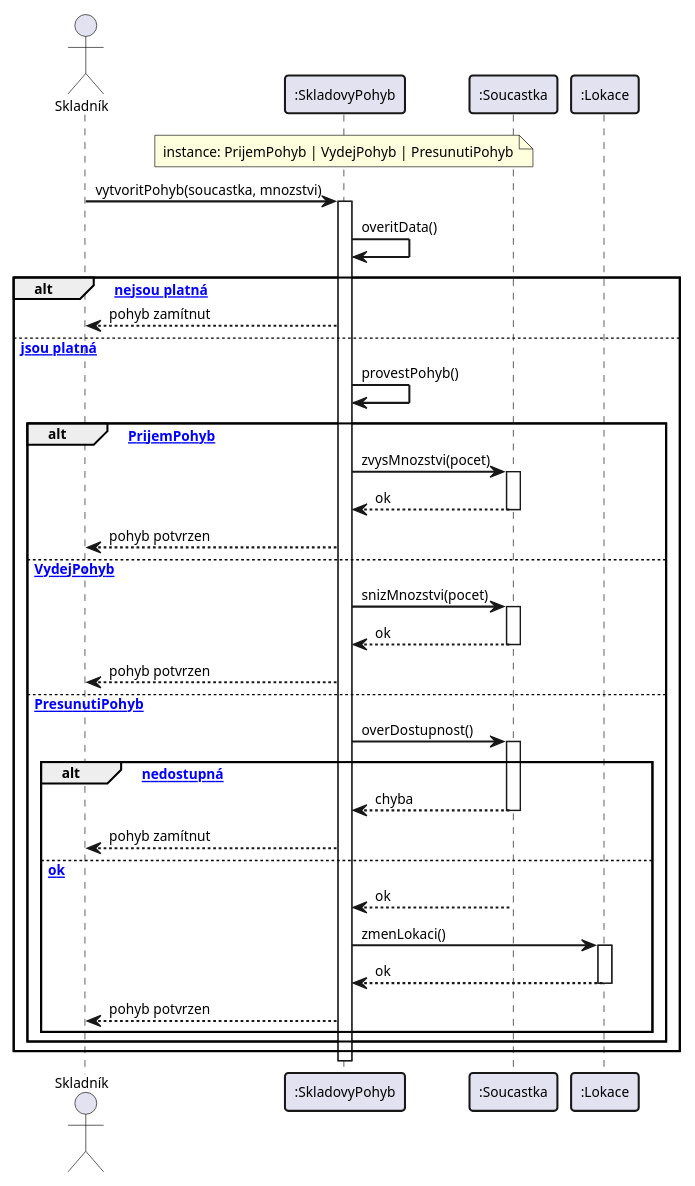
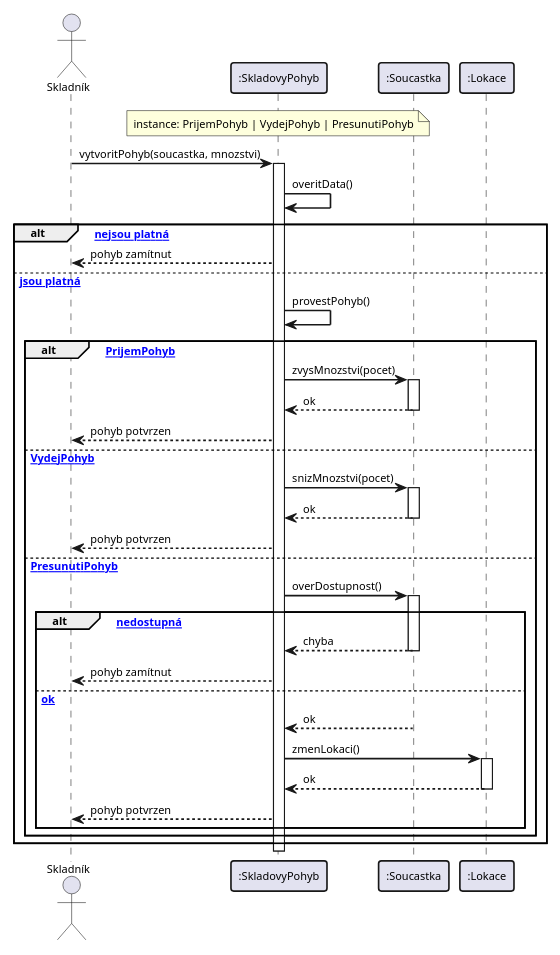
One commit to lkvapil/kOdevzdaniProjektWMS changed the diagram in diagrams/13_sequence_pohyb.puml. Above: the diagram before and after it, drawn with PlantUML. The commit also changed 4 other files, not shown here.

Commit message:
fix: zmenseni sekvencniho diagramu scale 0.8

```diff
--- a/diagrams/13_sequence_pohyb.puml
+++ b/diagrams/13_sequence_pohyb.puml
@@ -1,59 +1,60 @@
 @startuml
+scale 0.8
 skinparam defaultFontSize 10
 skinparam sequenceArrowThickness 1.5
 skinparam sequenceParticipantBorderThickness 1.5
 skinparam sequenceGroupBorderThickness 1.5
 
 actor "Skladník" as Uzivatel
 participant ":SkladovyPohyb" as Pohyb
 note over Pohyb : instance: PrijemPohyb | VydejPohyb | PresunutiPohyb
 participant ":Soucastka" as Soucastka
 participant ":Lokace" as Lokace
 
 Uzivatel -> Pohyb : vytvoritPohyb(soucastka, mnozstvi)
 activate Pohyb
 
 Pohyb -> Pohyb : overitData()
 
 alt [data nejsou platná]
     Pohyb --> Uzivatel : pohyb zamítnut
 
 else [data jsou platná]
     Pohyb -> Pohyb : provestPohyb()
 
     alt [PrijemPohyb]
         Pohyb -> Soucastka : zvysMnozstvi(pocet)
         activate Soucastka
         Soucastka --> Pohyb : ok
         deactivate Soucastka
         Pohyb --> Uzivatel : pohyb potvrzen
 
     else [VydejPohyb]
         Pohyb -> Soucastka : snizMnozstvi(pocet)
         activate Soucastka
         Soucastka --> Pohyb : ok
         deactivate Soucastka
         Pohyb --> Uzivatel : pohyb potvrzen
 
     else [PresunutiPohyb]
         Pohyb -> Soucastka : overDostupnost()
         activate Soucastka
         alt [součástka nedostupná]
             Soucastka --> Pohyb : chyba
             deactivate Soucastka
             Pohyb --> Uzivatel : pohyb zamítnut
         else [ok]
             Soucastka --> Pohyb : ok
             deactivate Soucastka
             Pohyb -> Lokace : zmenLokaci()
             activate Lokace
             Lokace --> Pohyb : ok
             deactivate Lokace
             Pohyb --> Uzivatel : pohyb potvrzen
         end
     end
 end
 
 deactivate Pohyb
 
 @enduml
```
